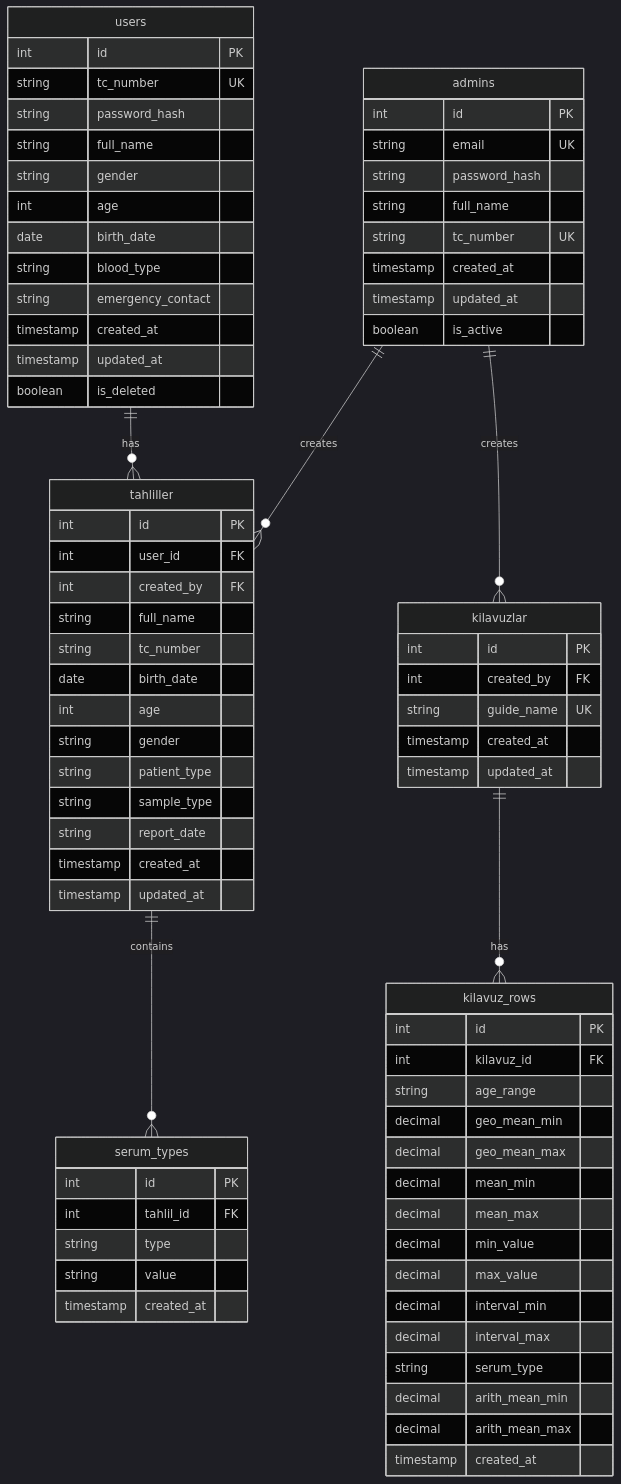
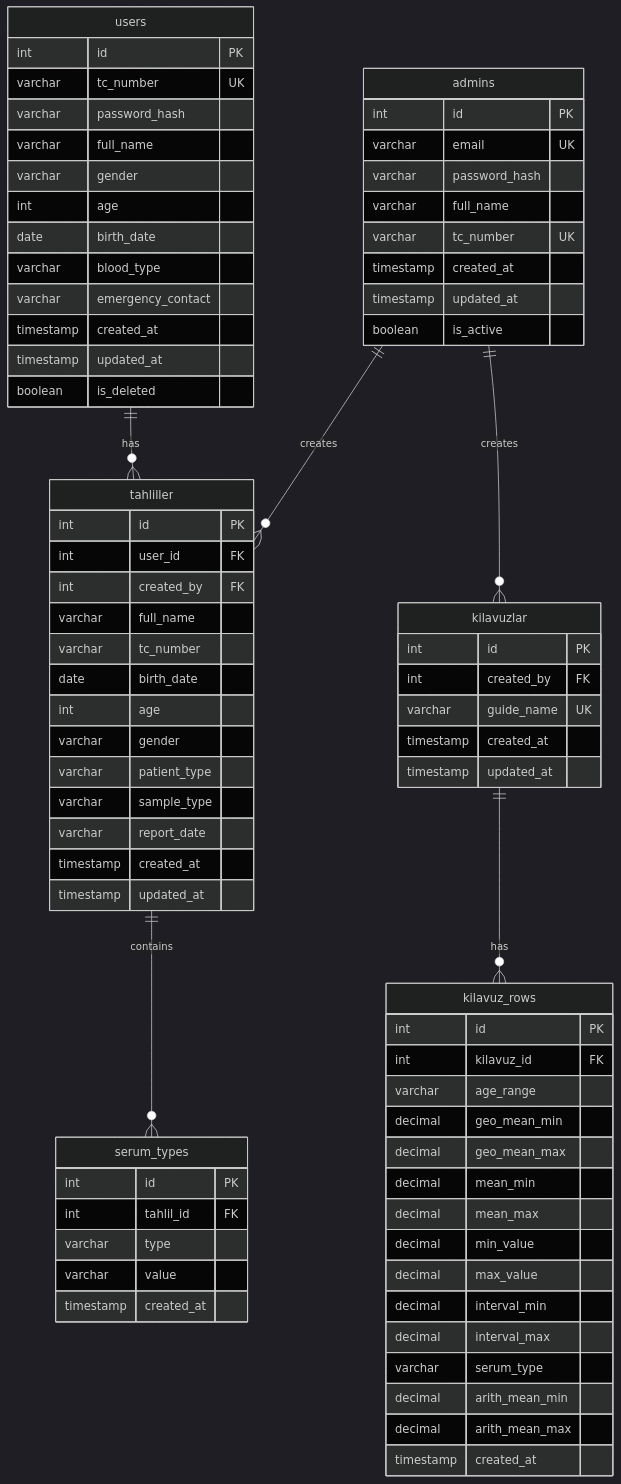
Before and after one commit to diclebolek/E_Lab_System: the second of 5 diagrams in README.md, drawn with Mermaid (dark theme). The commit also changed other lines of this file, not shown here.

Commit message:
Mermaid diyagramlarÄ± GitHub uyumluluÄŸu iÃ§in dÃ¼zeltildi

````diff
--- a/README.md
+++ b/README.md
@@ -306,21 +306,21 @@
 ```mermaid
 erDiagram
-    users ||--o{ tahliller : "has"
-    admins ||--o{ tahliller : "creates"
-    admins ||--o{ kilavuzlar : "creates"
-    tahliller ||--o{ serum_types : "contains"
-    kilavuzlar ||--o{ kilavuz_rows : "has"
+    users ||--o{ tahliller : has
+    admins ||--o{ tahliller : creates
+    admins ||--o{ kilavuzlar : creates
+    tahliller ||--o{ serum_types : contains
+    kilavuzlar ||--o{ kilavuz_rows : has
     
     users {
         int id PK
-        string tc_number UK
-        string password_hash
-        string full_name
-        string gender
+        varchar tc_number UK
+        varchar password_hash
+        varchar full_name
+        varchar gender
         int age
         date birth_date
-        string blood_type
-        string emergency_contact
+        varchar blood_type
+        varchar emergency_contact
         timestamp created_at
         timestamp updated_at
         boolean is_deleted
@@ -328,10 +328,10 @@
     
     admins {
         int id PK
-        string email UK
-        string password_hash
-        string full_name
-        string tc_number UK
+        varchar email UK
+        varchar password_hash
+        varchar full_name
+        varchar tc_number UK
         timestamp created_at
         timestamp updated_at
         boolean is_active
@@ -341,14 +341,14 @@
         int id PK
         int user_id FK
         int created_by FK
-        string full_name
-        string tc_number
+        varchar full_name
+        varchar tc_number
         date birth_date
         int age
-        string gender
-        string patient_type
-        string sample_type
-        string report_date
+        varchar gender
+        varchar patient_type
+        varchar sample_type
+        varchar report_date
         timestamp created_at
         timestamp updated_at
     }
@@ -356,15 +356,15 @@
     serum_types {
         int id PK
         int tahlil_id FK
-        string type
-        string value
+        varchar type
+        varchar value
         timestamp created_at
     }
     
     kilavuzlar {
         int id PK
         int created_by FK
-        string guide_name UK
+        varchar guide_name UK
         timestamp created_at
         timestamp updated_at
     }
@@ -372,7 +372,7 @@
     kilavuz_rows {
         int id PK
         int kilavuz_id FK
-        string age_range
+        varchar age_range
         decimal geo_mean_min
         decimal geo_mean_max
         decimal mean_min
@@ -381,7 +381,7 @@
         decimal max_value
         decimal interval_min
         decimal interval_max
-        string serum_type
+        varchar serum_type
         decimal arith_mean_min
         decimal arith_mean_max
         timestamp created_at
````
